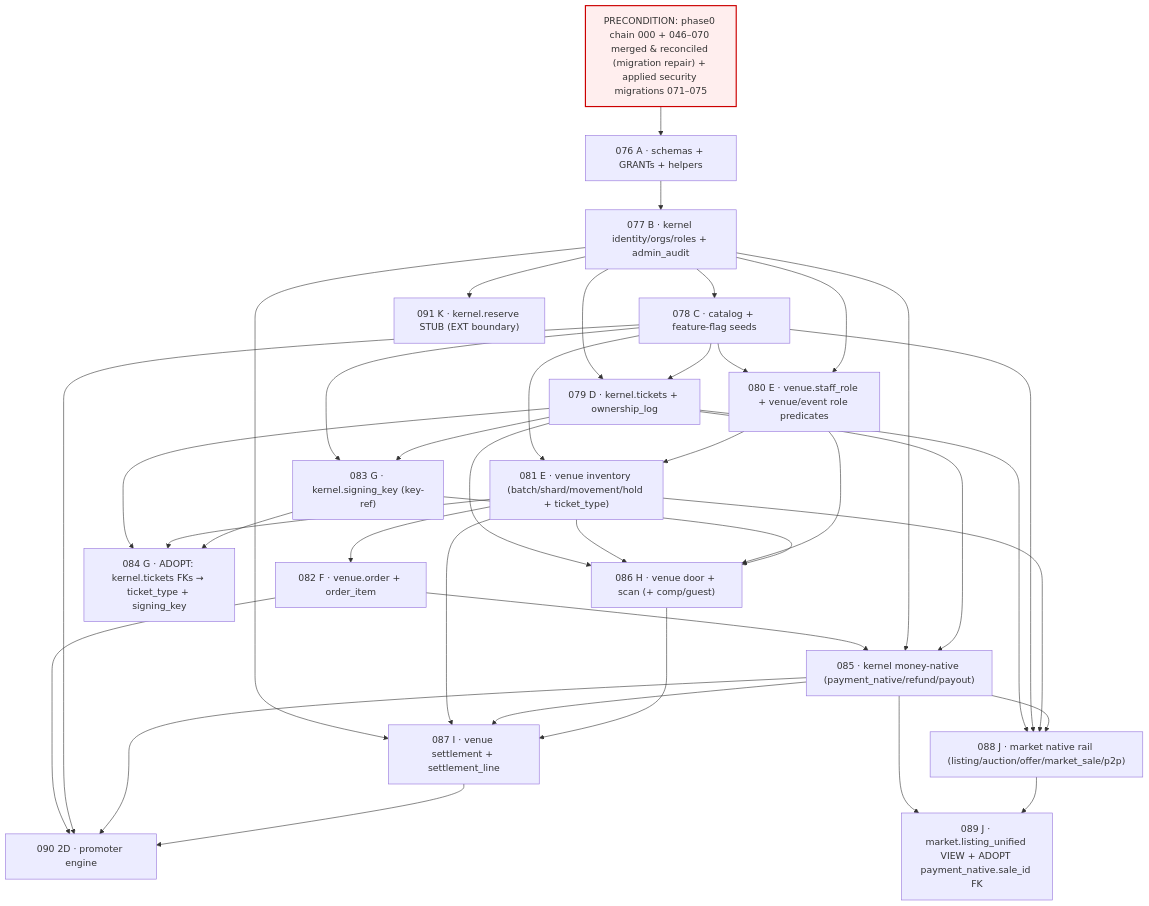
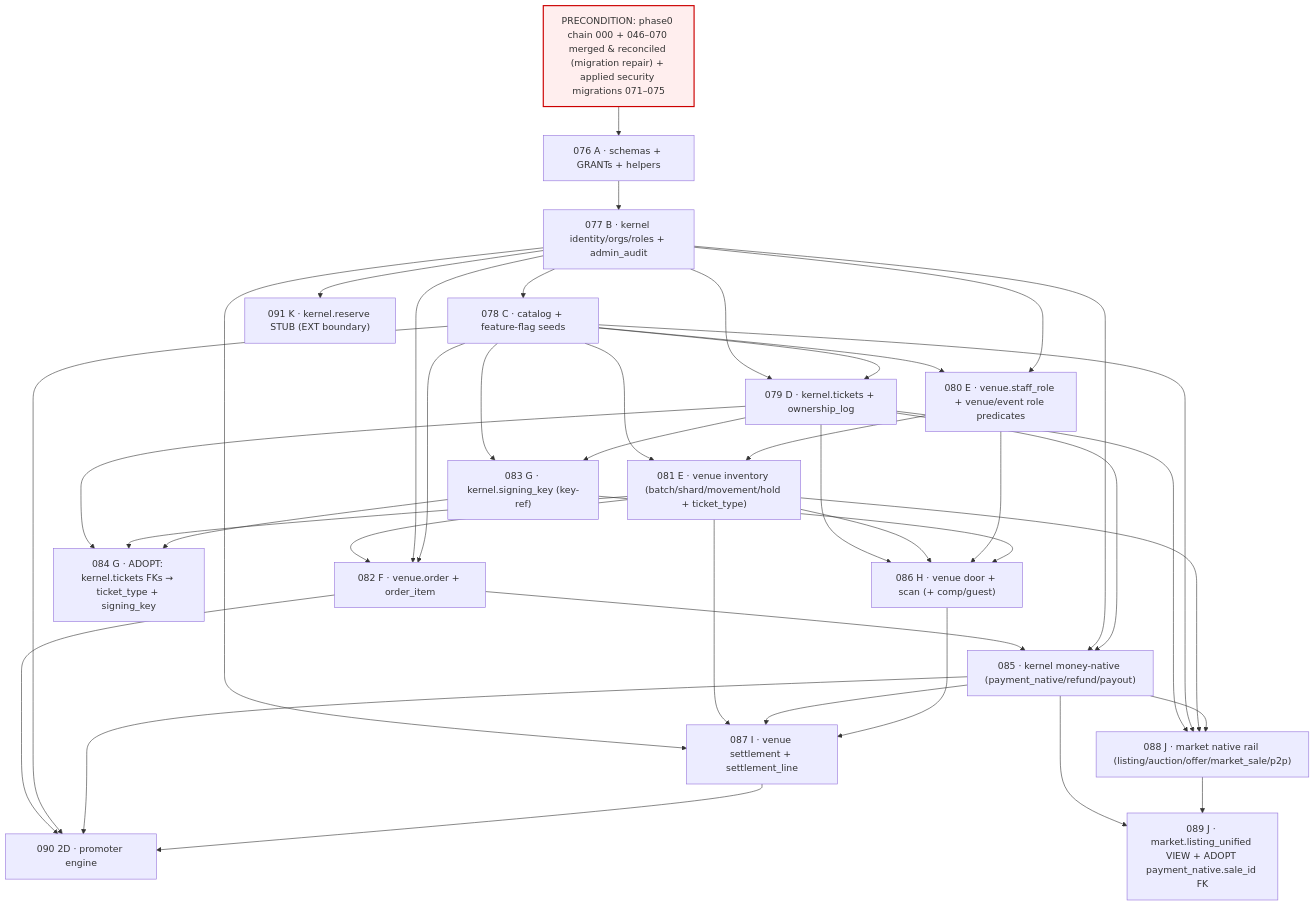
The diagram in docs/architecture/PHASE_2_SUPABASE_MIGRATION_PLAN.md (SnatchIt-app/snatchit), drawn with Mermaid before and after one commit. The commit also changed other lines of this file, not shown here.

````diff
--- a/docs/architecture/PHASE_2_SUPABASE_MIGRATION_PLAN.md
+++ b/docs/architecture/PHASE_2_SUPABASE_MIGRATION_PLAN.md
@@ -242,58 +242,60 @@
 ```mermaid
 graph TD
     P0["PRECONDITION: phase0 chain 000 + 046–070 merged & reconciled (migration repair) + applied security migrations 071–075"]:::pre
 
     A076["076 A · schemas + GRANTs + helpers"]
     B077["077 B · kernel identity/orgs/roles + admin_audit"]
     C078["078 C · catalog + feature-flag seeds"]
     D079["079 D · kernel.tickets + ownership_log"]
     E080["080 E · venue.staff_role + venue/event role predicates"]
     E081["081 E · venue inventory (batch/shard/movement/hold + ticket_type)"]
     F082["082 F · venue.order + order_item"]
     G083["083 G · kernel.signing_key (key-ref)"]
     G084["084 G · ADOPT: kernel.tickets FKs → ticket_type + signing_key"]
     M085["085 · kernel money-native (payment_native/refund/payout)"]
     H086["086 H · venue door + scan (+ comp/guest)"]
     I087["087 I · venue settlement + settlement_line"]
     J088["088 J · market native rail (listing/auction/offer/market_sale/p2p)"]
     J089["089 J · market.listing_unified VIEW + ADOPT payment_native.sale_id FK"]
     D090["090 2D · promoter engine"]
     K091["091 K · kernel.reserve STUB (EXT boundary)"]
 
     P0 --> A076 --> B077 --> C078
     B077 --> D079
     C078 --> D079
     C078 --> E080
     B077 --> E080
     C078 --> E081
     E080 --> E081
     E081 --> F082
+    B077 --> F082
+    C078 --> F082
     C078 --> G083
     D079 --> G083
     D079 --> G084
     E081 --> G084
     G083 --> G084
     F082 --> M085
     B077 --> M085
     D079 --> M085
     D079 --> H086
     E081 --> H086
     E080 --> H086
     G083 --> H086
     B077 --> I087
     E081 --> I087
     M085 --> I087
     H086 --> I087
     D079 --> J088
     C078 --> J088
     E081 --> J088
     M085 --> J088
     M085 --> J089
     J088 --> J089
     F082 --> D090
     C078 --> D090
     M085 --> D090
     I087 --> D090
     B077 --> K091
     classDef pre fill:#fee,stroke:#c00,stroke-width:2px;
 ```
````
